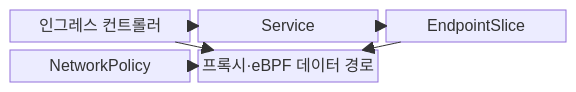
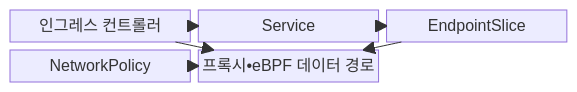
One commit to agnusdei1207/knowledge-base changed the first of 2 diagrams in src/content/docs/notes/04-network/062_kubernetes_networking.md. Above: the diagram before and after it, drawn with Mermaid. The commit also changed other lines of this file and 953 other files, not shown here.

````diff
--- a/src/content/docs/notes/04-network/062_kubernetes_networking.md
+++ b/src/content/docs/notes/04-network/062_kubernetes_networking.md
@@ -70,14 +70,14 @@
 ```mermaid
 block-beta
     columns 3
     A["인그레스 컨트롤러"]
     B["Service"]
     C["EndpointSlice"]
     D["NetworkPolicy"]
-    E["프록시·eBPF 데이터 경로"]
+    E["프록시•eBPF 데이터 경로"]
     A --> B
     A --> E
     B --> C
     C --> E
     D --> E
 ```
````
